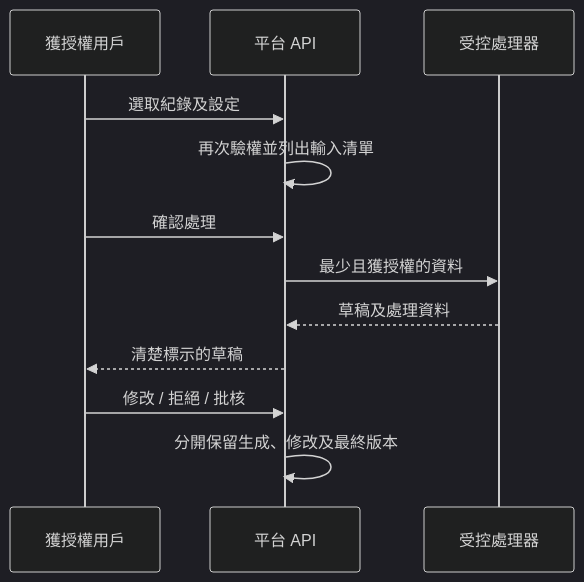
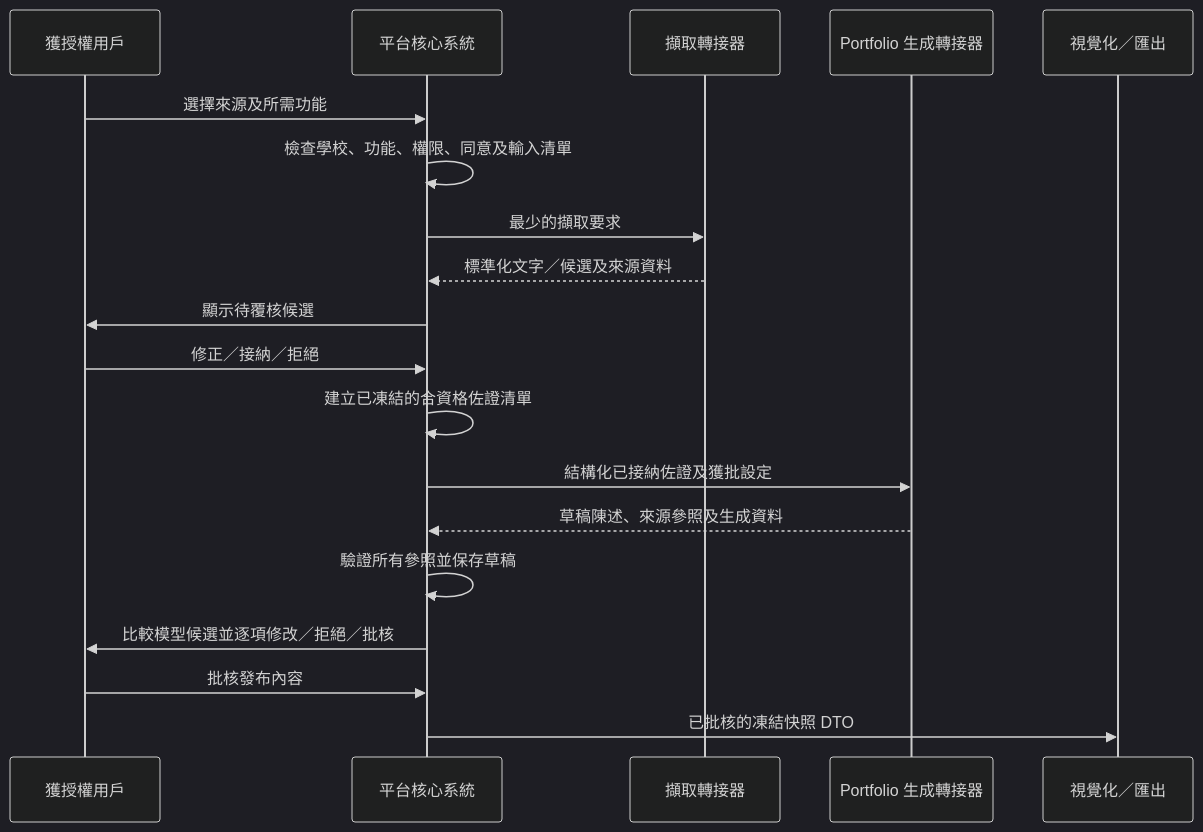
One commit to heison-octopus/testing-port changed the diagram in output/Chinese/SRS/SRS-10 AI輔助處理及來源記錄.md. Above: the diagram before and after it, drawn with Mermaid (dark theme). The commit also changed other lines of this file and 79 other files, not shown here.

````diff
--- a/output/Chinese/SRS/SRS-10 AI輔助處理及來源記錄.md
+++ b/output/Chinese/SRS/SRS-10 AI輔助處理及來源記錄.md
@@ -52,14 +70,21 @@
 ```mermaid
 sequenceDiagram
     participant U as 獲授權用戶
-    participant API as 平台 API
-    participant Job as 受控處理器
-    U->>API: 選取紀錄及設定
-    API->>API: 再次驗權並列出輸入清單
-    U->>API: 確認處理
-    API->>Job: 最少且獲授權的資料
-    Job-->>API: 草稿及處理資料
-    API-->>U: 清楚標示的草稿
-    U->>API: 修改 / 拒絕 / 批核
-    API->>API: 分開保留生成、修改及最終版本
+    participant K as 平台核心系統
+    participant E as 擷取轉接器
+    participant G as Portfolio 生成轉接器
+    participant V as 視覺化／匯出
+    U->>K: 選擇來源及所需功能
+    K->>K: 檢查學校、功能、權限、同意及輸入清單
+    K->>E: 最少的擷取要求
+    E-->>K: 標準化文字／候選及來源資料
+    K->>U: 顯示待覆核候選
+    U->>K: 修正／接納／拒絕
+    K->>K: 建立已凍結的合資格佐證清單
+    K->>G: 結構化已接納佐證及獲批設定
+    G-->>K: 草稿陳述、來源參照及生成資料
+    K->>K: 驗證所有參照並保存草稿
+    K->>U: 比較模型候選並逐項修改／拒絕／批核
+    U->>K: 批核發布內容
+    K->>V: 已批核的凍結快照 DTO
 ```
````
